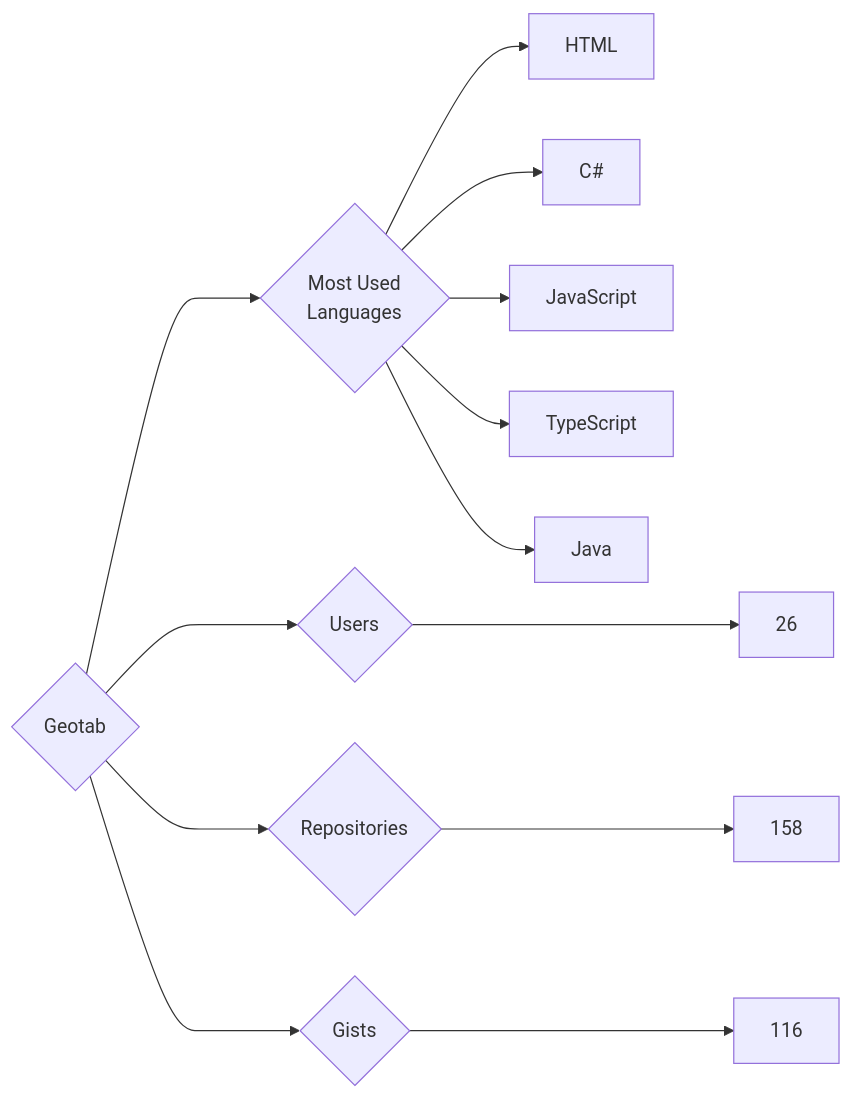
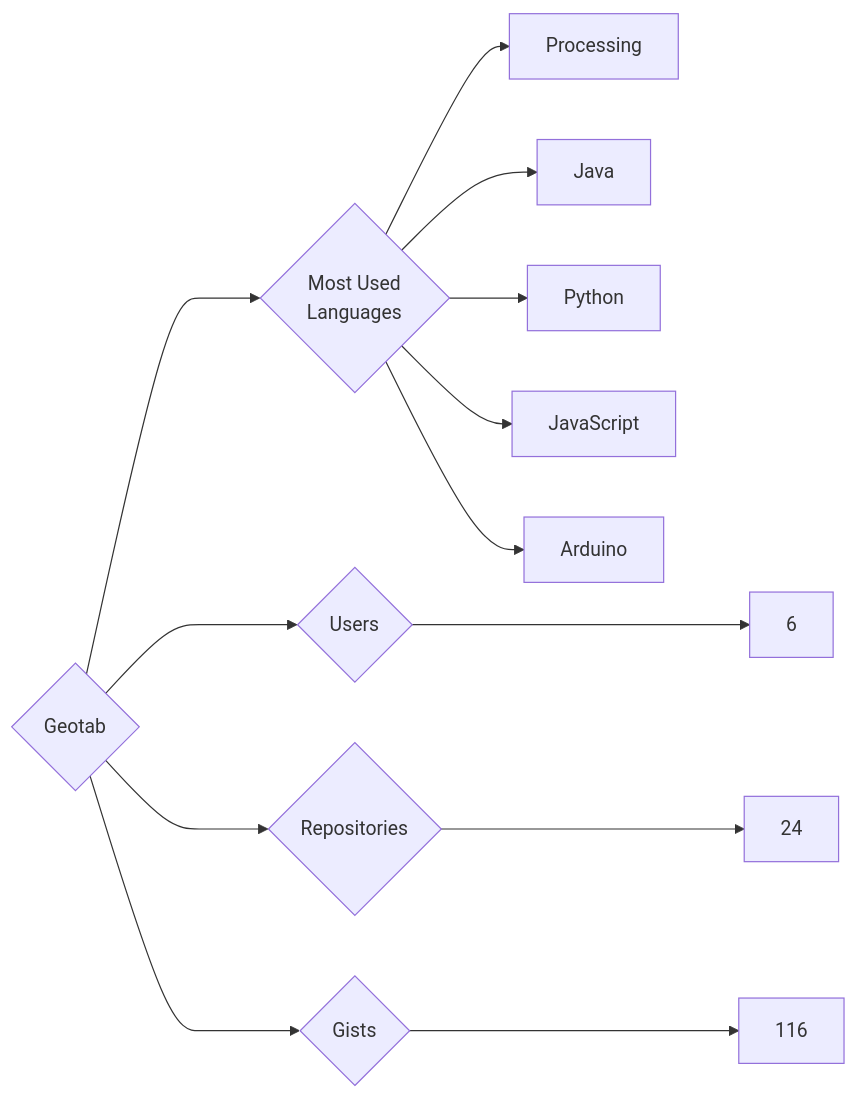
The diagram in targets/Geotab/README.md (trickest/insiders), drawn with Mermaid before and after one commit. The commit also changed 681 other files, not shown here.

````diff
--- a/targets/Geotab/README.md
+++ b/targets/Geotab/README.md
@@ -3,13 +3,13 @@
 ```mermaid
 graph LR
 COMPANY_NAME{Geotab}
-COMPANY_NAME ---> U{Users} ---> UN[26]
-COMPANY_NAME ---> R{Repositories} ---> RN[158]
+COMPANY_NAME ---> U{Users} ---> UN[6]
+COMPANY_NAME ---> R{Repositories} ---> RN[24]
 COMPANY_NAME ---> G{Gists} ---> GN[116]
 COMPANY_NAME ---> ML{Most Used<br>Languages}
-ML --> HTML[HTML]
-ML --> C#[C#]
+ML --> Processing[Processing]
+ML --> Java[Java]
+ML --> Python[Python]
 ML --> JavaScript[JavaScript]
-ML --> TypeScript[TypeScript]
-ML --> Java[Java]
+ML --> Arduino[Arduino]
 ```
````
